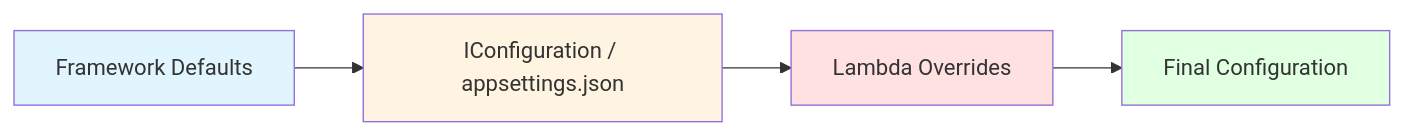
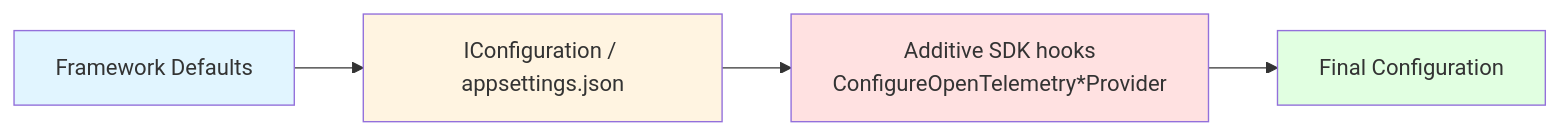
Before and after one commit to cloud-tek/hive: the first of 4 diagrams in hive.opentelemetry/README.md, drawn with Mermaid. The commit also changed other lines of this file, not shown here.

````diff
--- a/hive.opentelemetry/README.md
+++ b/hive.opentelemetry/README.md
@@ -84,11 +84,11 @@
 ```mermaid
 graph LR
     A[Framework Defaults] --> B[IConfiguration / appsettings.json]
-    B --> C[Lambda Overrides]
+    B --> C[Additive SDK hooks<br/>ConfigureOpenTelemetry*Provider]
     C --> D[Final Configuration]
 
     style A fill:#e1f5ff
     style B fill:#fff4e1
     style C fill:#ffe1e1
     style D fill:#e1ffe1
 ```
````
